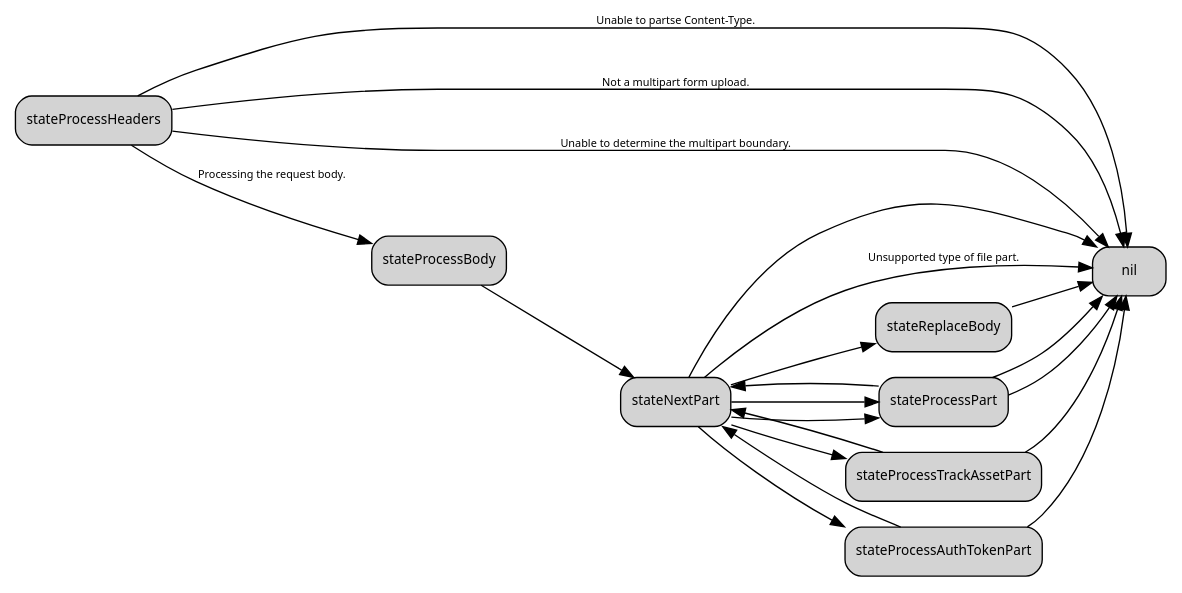
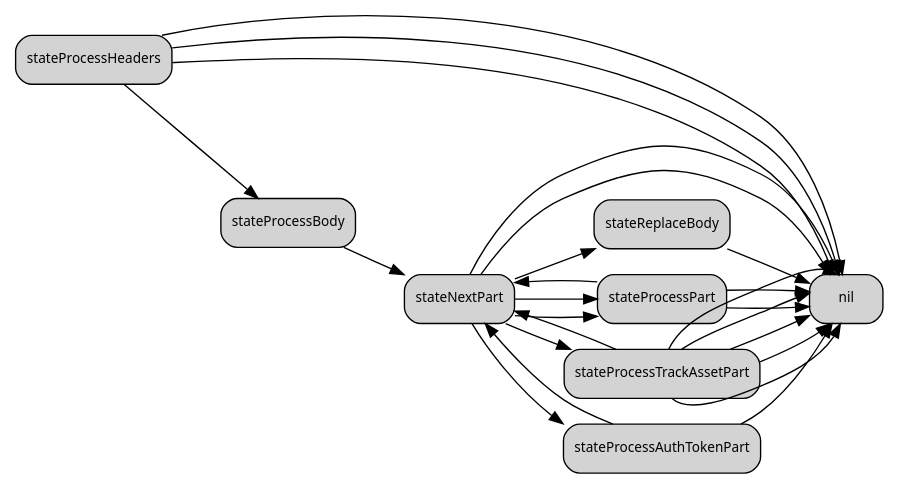
The diagram in asset-uploads/doc/fsm.dot (soundcloud/api), drawn with Graphviz before and after one commit. The commit also changed 9 other files, not shown here.

```diff
--- a/asset-uploads/doc/fsm.dot
+++ b/asset-uploads/doc/fsm.dot
@@ -1,30 +1,34 @@
 // auto generated -- don't modify directly
 digraph states {
 node [shape=record colorscheme=set37 style="rounded,filled" fontname=sans fontsize=10];
 edge [fontname="sans" fontsize=8];
 rankdir=LR;
 newrank=true;
 fontname="sans";
 color="grey";
 labeljust="l";
-stateProcessHeaders -> nil[label="Unable to partse Content-Type."]
-stateProcessHeaders -> nil[label="Not a multipart form upload."]
-stateProcessHeaders -> nil[label="Unable to determine the multipart boundary."]
-stateProcessHeaders -> stateProcessBody[label="Processing the request body."]
+stateProcessHeaders -> nil
+stateProcessHeaders -> nil
+stateProcessHeaders -> nil
+stateProcessHeaders -> stateProcessBody
 stateProcessBody -> stateNextPart
 stateNextPart -> stateReplaceBody
 stateNextPart -> nil
 stateNextPart -> stateProcessPart
 stateNextPart -> stateProcessTrackAssetPart
-stateNextPart -> nil[label="Unsupported type of file part."]
+stateNextPart -> nil
 stateNextPart -> stateProcessAuthTokenPart
 stateNextPart -> stateProcessPart
 stateProcessPart -> nil
 stateProcessPart -> nil
 stateProcessPart -> stateNextPart
 stateProcessTrackAssetPart -> nil
+stateProcessTrackAssetPart -> nil
+stateProcessTrackAssetPart -> nil
+stateProcessTrackAssetPart -> nil
+stateProcessTrackAssetPart -> nil
 stateProcessTrackAssetPart -> stateNextPart
 stateProcessAuthTokenPart -> nil
 stateProcessAuthTokenPart -> stateNextPart
 stateReplaceBody -> nil
 }
```
